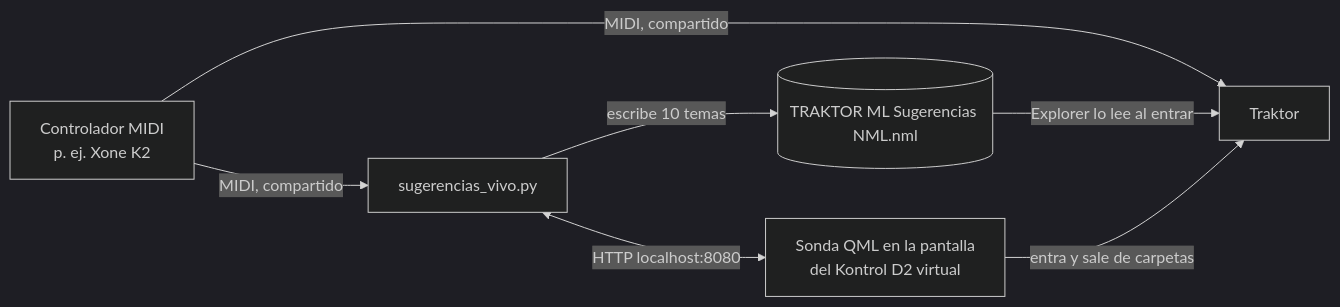
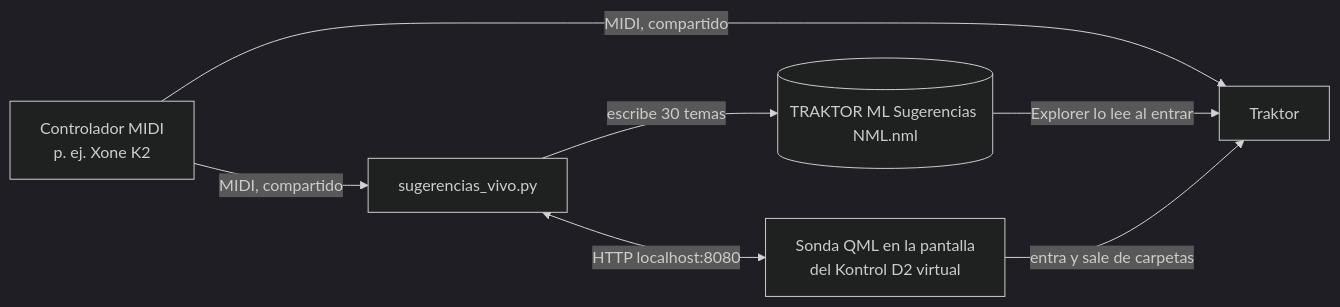
The diagram in docs/SUGERENCIAS_EN_VIVO.md (gbibbo/traktor), drawn with Mermaid (dark theme) before and after one commit. The commit also changed other lines of this file and 9 other files, not shown here.

````diff
--- a/docs/SUGERENCIAS_EN_VIVO.md
+++ b/docs/SUGERENCIAS_EN_VIVO.md
@@ -81,9 +83,9 @@
 ```mermaid
 flowchart LR
     C[Controlador MIDI<br/>p. ej. Xone K2] -->|MIDI, compartido| T[Traktor]
     C -->|MIDI, compartido| P[sugerencias_vivo.py]
-    P -->|escribe 10 temas| N[(TRAKTOR ML Sugerencias NML.nml)]
+    P -->|escribe 30 temas| N[(TRAKTOR ML Sugerencias NML.nml)]
     N -->|Explorer lo lee al entrar| T
     P <-->|HTTP localhost:8080| S[Sonda QML en la pantalla<br/>del Kontrol D2 virtual]
     S -->|entra y sale de carpetas| T
 ```
````
